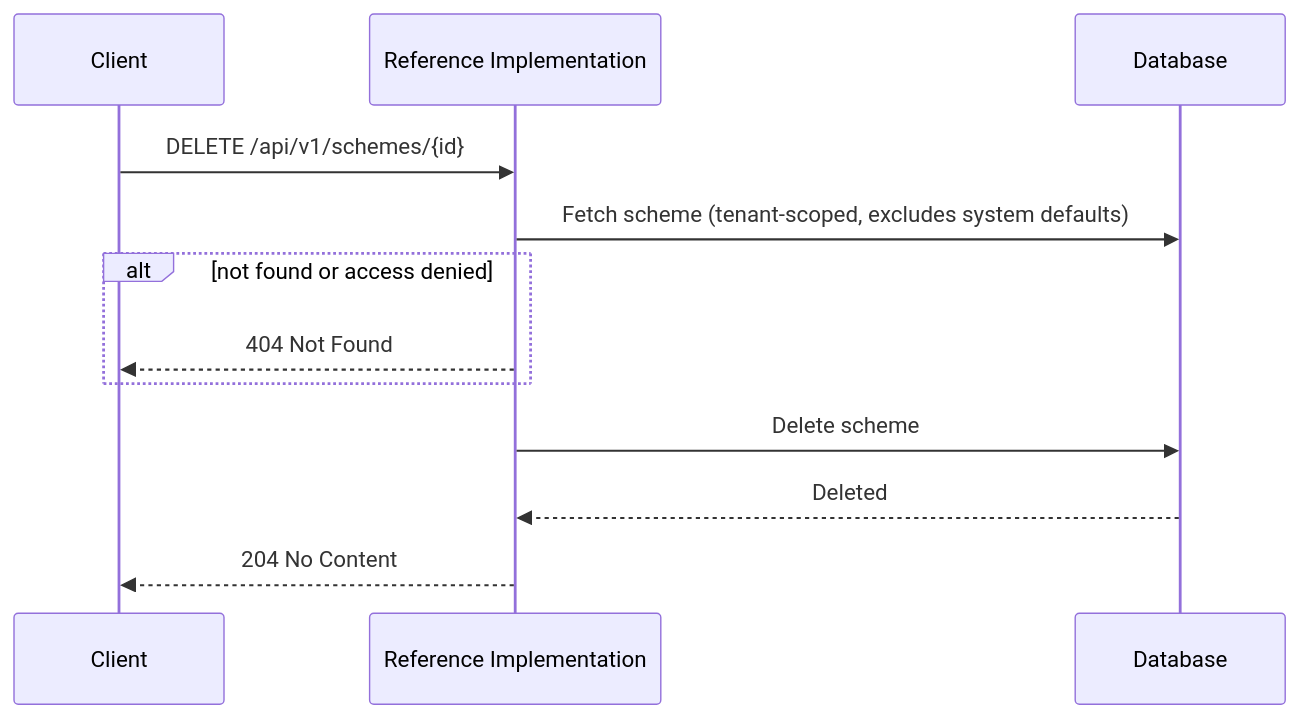
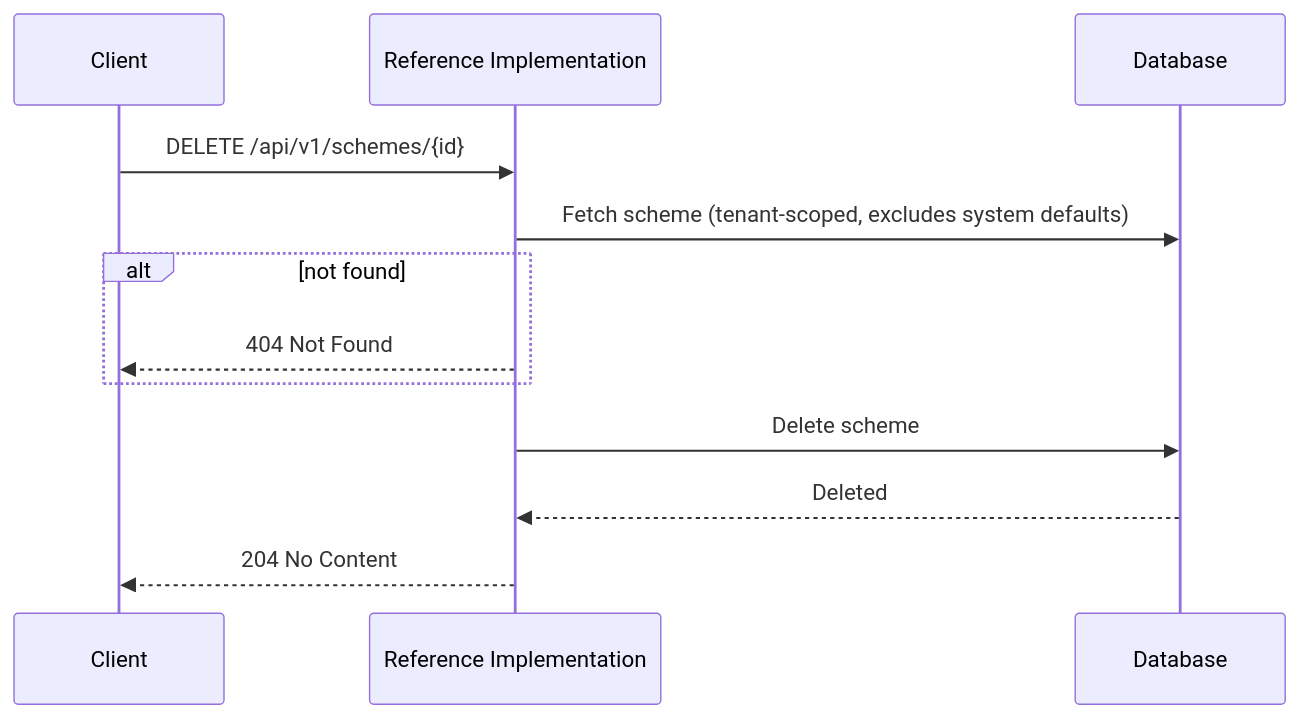
One commit to uncefact/tests-untp changed the second of 6 diagrams in documentation/docs/reference-implementation/api/identifiers.md. Above: the diagram before and after it, drawn with Mermaid. The commit also changed other lines of this file and 52 other files, not shown here.

````diff
--- a/documentation/docs/reference-implementation/api/identifiers.md
+++ b/documentation/docs/reference-implementation/api/identifiers.md
@@ -187,15 +187,15 @@
 ```mermaid
 sequenceDiagram
     participant Client
     participant RI as Reference Implementation
     participant DB as Database
 
     Client->>RI: DELETE /api/v1/schemes/{id}
     RI->>DB: Fetch scheme (tenant-scoped, excludes system defaults)
-    alt not found or access denied
+    alt not found
         RI-->>Client: 404 Not Found
     end
     RI->>DB: Delete scheme
     DB-->>RI: Deleted
     RI-->>Client: 204 No Content
 ```
````
